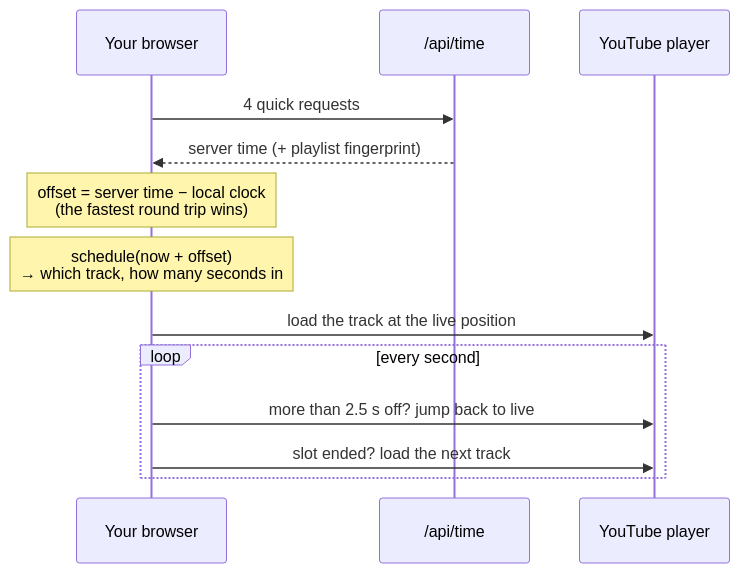
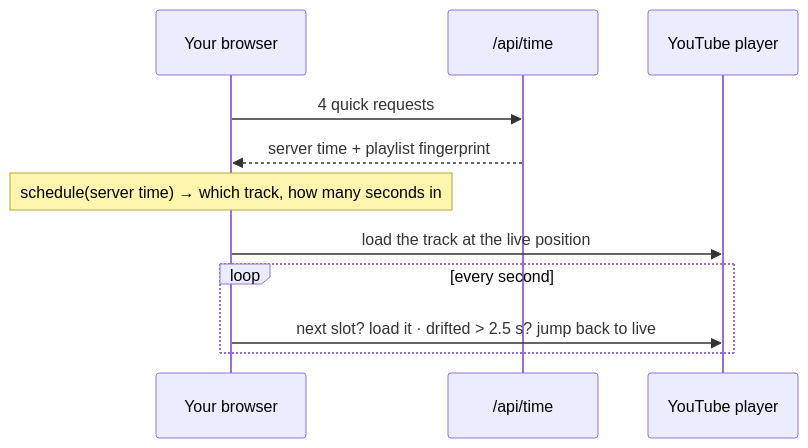
One commit to MrScalo/neon-palms-radio changed the diagram in README.md. Above: the diagram before and after it, drawn with Mermaid.

Commit message:
README: more compact sync diagram

````diff
--- a/README.md
+++ b/README.md
@@ -66,15 +66,13 @@
 ```mermaid
 sequenceDiagram
     participant B as Your browser
     participant S as /api/time
     participant Y as YouTube player
     B->>S: 4 quick requests
-    S-->>B: server time (+ playlist fingerprint)
-    Note over B: offset = server time − local clock<br/>(the fastest round trip wins)
-    Note over B: schedule(now + offset)<br/>→ which track, how many seconds in
+    S-->>B: server time + playlist fingerprint
+    Note over B: schedule(server time) → which track, how many seconds in
     B->>Y: load the track at the live position
     loop every second
-        B->>Y: more than 2.5 s off? jump back to live
-        B->>Y: slot ended? load the next track
+        B->>Y: next slot? load it · drifted > 2.5 s? jump back to live
     end
 ```
````
